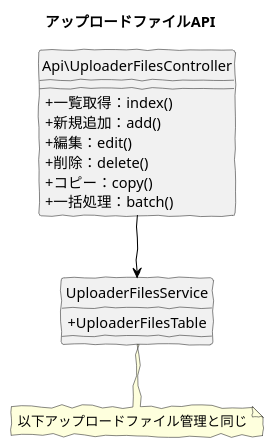
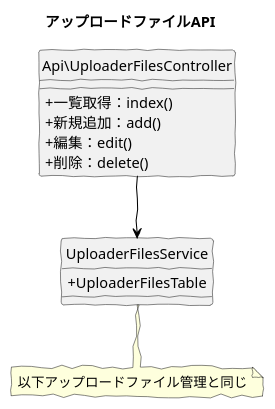
One commit to baserproject/baserproject.github.io changed the diagram in src/puml/5/ucmitz/svg/class/bc-uploader/api_uploader_files.puml. Above: the diagram before and after it, drawn with PlantUML. The commit also changed 1 other file, not shown here.

```diff
--- a/src/puml/5/ucmitz/svg/class/bc-uploader/api_uploader_files.puml
+++ b/src/puml/5/ucmitz/svg/class/bc-uploader/api_uploader_files.puml
@@ -1,27 +1,25 @@
 @startuml
 skinparam handwritten true
 skinparam backgroundColor white
 hide circle
 skinparam classAttributeIconSize 0
 
 title アップロードファイルAPI
 
 class Api\UploaderFilesController {
   + 一覧取得：index()
   + 新規追加：add()
   + 編集：edit()
   + 削除：delete()
-  + コピー：copy()
-  + 一括処理：batch()
 }
 
 class UploaderFilesService {
   + UploaderFilesTable
 }
 
 note "以下アップロードファイル管理と同じ" as note
 UploaderFilesService .. note
 
 Api\UploaderFilesController -down[#Black]-> UploaderFilesService
 
 @enduml
```
